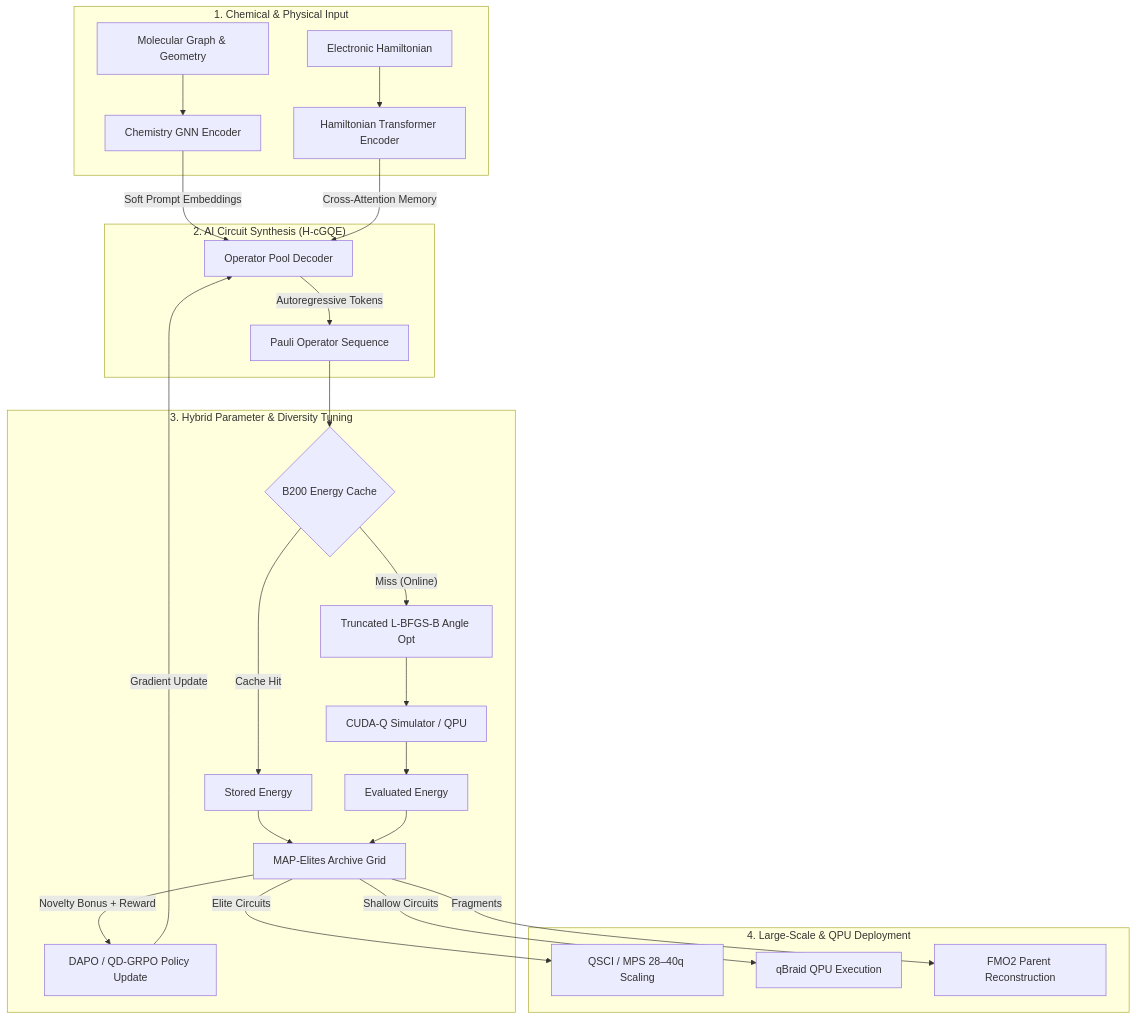
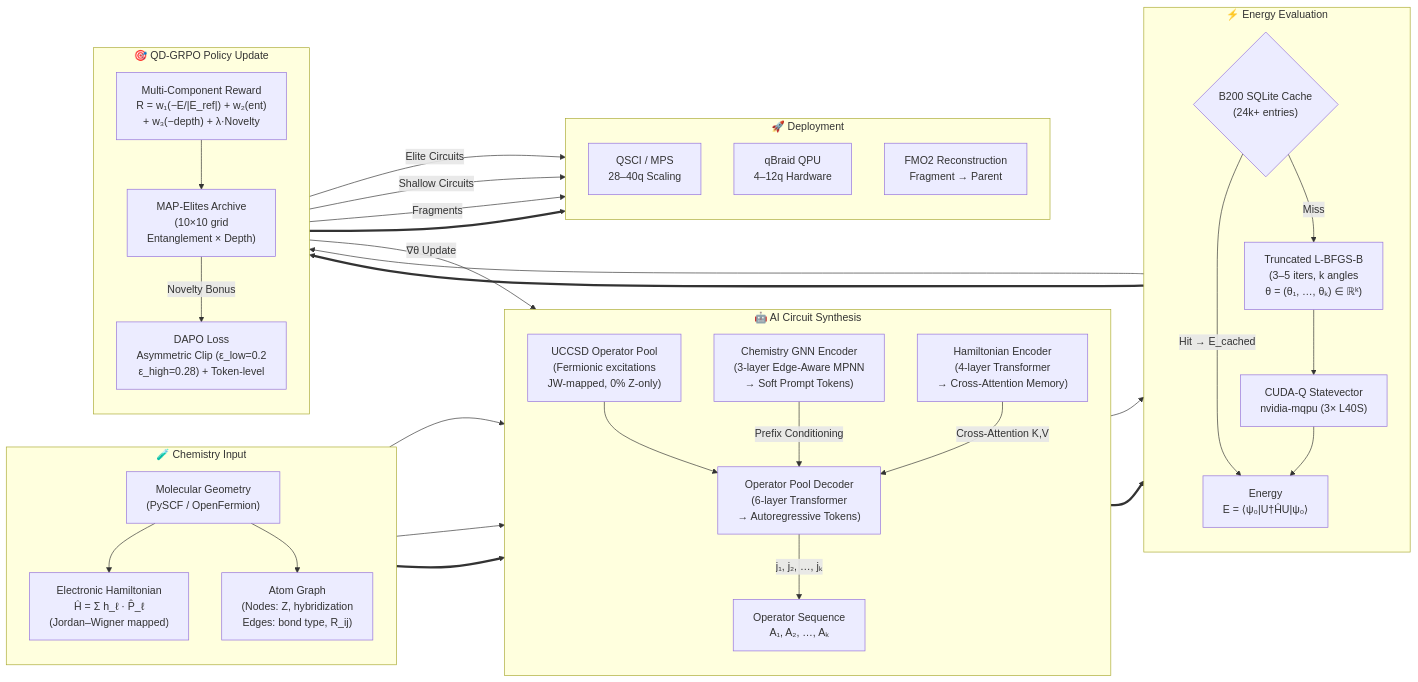
The first of 11 diagrams in README.md (Quantum-Buddies/Conditional-GQE_materials), drawn with Mermaid before and after one commit. The commit also changed other lines of this file, not shown here.

````diff
--- a/README.md
+++ b/README.md
@@ -60,30 +60,60 @@
 ```mermaid
-flowchart TD
-    subgraph Input ["1. Chemical & Physical Input"]
-        M[Molecular Graph & Geometry] --> GNN[Chemistry GNN Encoder]
-        H[Electronic Hamiltonian] --> Enc[Hamiltonian Transformer Encoder]
+flowchart LR
+    subgraph Chem ["🧪 Chemistry Input"]
+        direction TB
+        Mol["Molecular Geometry<br>(PySCF / OpenFermion)"]
+        Ham["Electronic Hamiltonian<br>Ĥ = Σ h_ℓ · P̂_ℓ<br>(Jordan–Wigner mapped)"]
+        Graph["Atom Graph<br>(Nodes: Z, hybridization<br>Edges: bond type, R_ij)"]
+        Mol --> Ham
+        Mol --> Graph
     end
 
-    subgraph Core ["2. AI Circuit Synthesis (H-cGQE)"]
-        GNN --> |Soft Prompt Embeddings| Dec[Operator Pool Decoder]
-        Enc --> |Cross-Attention Memory| Dec
-        Dec --> |Autoregressive Tokens| Seq[Pauli Operator Sequence]
+    subgraph AI ["🤖 AI Circuit Synthesis"]
+        direction TB
+        GNN["Chemistry GNN Encoder<br>(3-layer Edge-Aware MPNN<br>→ Soft Prompt Tokens)"]
+        HEnc["Hamiltonian Encoder<br>(4-layer Transformer<br>→ Cross-Attention Memory)"]
+        Dec["Operator Pool Decoder<br>(6-layer Transformer<br>→ Autoregressive Tokens)"]
+        Pool["UCCSD Operator Pool<br>(Fermionic excitations<br>JW-mapped, 0% Z-only)"]
+        Graph --> GNN
+        Ham --> HEnc
+        Pool --> Dec
+        GNN -->|"Prefix Conditioning"| Dec
+        HEnc -->|"Cross-Attention K,V"| Dec
+        Dec -->|"j₁, j₂, …, jₖ"| Seq["Operator Sequence<br>A₁, A₂, …, Aₖ"]
     end
 
-    subgraph Optimization ["3. Hybrid Parameter & Diversity Tuning"]
-        Seq --> Cache{B200 Energy Cache}
-        Cache -- Cache Hit --> E1[Stored Energy]
-        Cache -- Miss (Online) --> LBFGS[Truncated L-BFGS-B Angle Opt]
-        LBFGS --> CUDA[CUDA-Q Simulator / QPU]
-        CUDA --> E2[Evaluated Energy]
-        E1 & E2 --> ME[MAP-Elites Archive Grid]
-        ME --> |Novelty Bonus + Reward| RL[DAPO / QD-GRPO Policy Update]
-        RL --> |Gradient Update| Dec
+    subgraph Eval ["⚡ Energy Evaluation"]
+        direction TB
+        Cache{"B200 SQLite Cache<br>(24k+ entries)"}
+        LBFGS["Truncated L-BFGS-B<br>(3–5 iters, k angles<br>θ = (θ₁, …, θₖ) ∈ ℝᵏ)"]
+        CUDAQ["CUDA-Q Statevector<br>nvidia-mqpu (3× L40S)"]
+        Cache -->|"Hit → E_cached"| E["Energy<br>E = ⟨ψ₀|U†ĤU|ψ₀⟩"]
+        Cache -->|"Miss"| LBFGS
+        LBFGS --> CUDAQ
+        CUDAQ --> E
+        Seq --> Cache
     end
 
-    subgraph Execution ["4. Large-Scale & QPU Deployment"]
-        ME --> |Elite Circuits| QSCI[QSCI / MPS 28–40q Scaling]
-        ME --> |Shallow Circuits| QPU[qBraid QPU Execution]
-        ME --> |Fragments| FMO[FMO2 Parent Reconstruction]
+    subgraph RL ["🎯 QD-GRPO Policy Update"]
+        direction TB
+        Reward["Multi-Component Reward<br>R = w₁(−E/|E_ref|) + w₂(ent)<br>+ w₃(−depth) + λ·Novelty"]
+        ME["MAP-Elites Archive<br>(10×10 grid<br>Entanglement × Depth)"]
+        DAPO["DAPO Loss<br>Asymmetric Clip (ε_low=0.2<br>ε_high=0.28) + Token-level"]
+        E --> Reward
+        Reward --> ME
+        ME -->|"Novelty Bonus"| DAPO
+        DAPO -->|"∇θ Update"| Dec
     end
+
+    subgraph Deploy ["🚀 Deployment"]
+        direction TB
+        QSCI["QSCI / MPS<br>28–40q Scaling"]
+        QPU["qBraid QPU<br>4–12q Hardware"]
+        FMO["FMO2 Reconstruction<br>Fragment → Parent"]
+        ME -->|"Elite Circuits"| QSCI
+        ME -->|"Shallow Circuits"| QPU
+        ME -->|"Fragments"| FMO
+    end
+
+    Chem ==> AI ==> Eval ==> RL ==> Deploy
 ```
````
